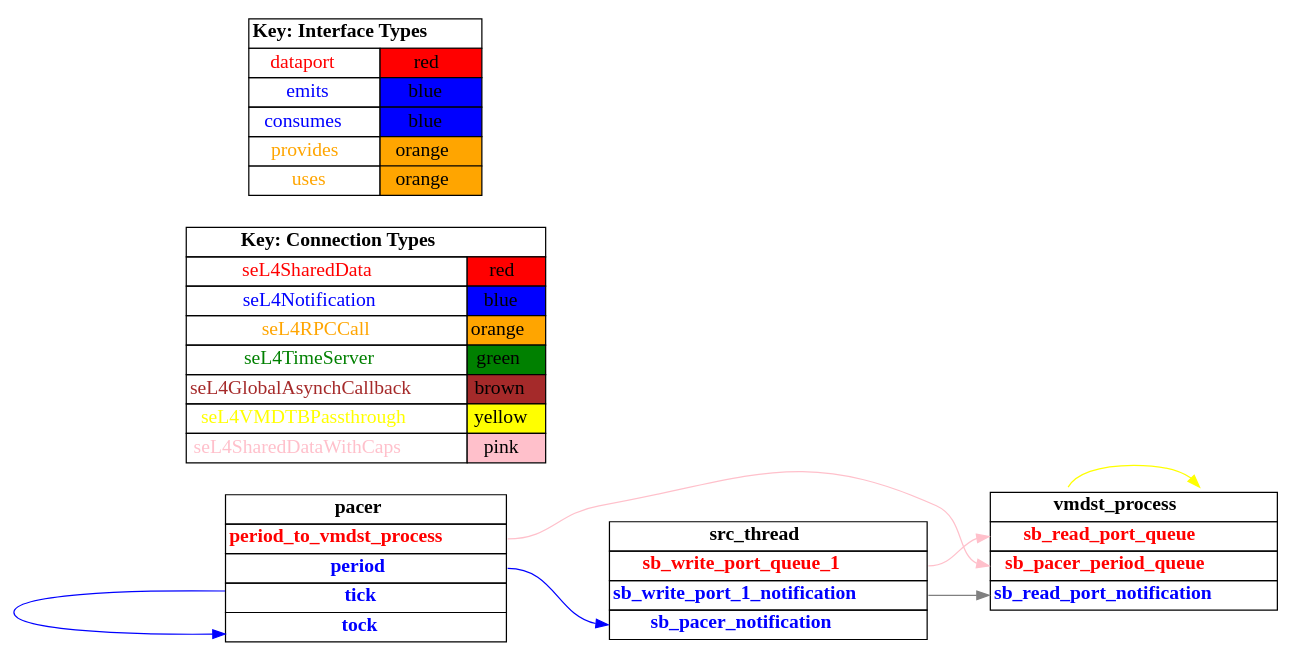
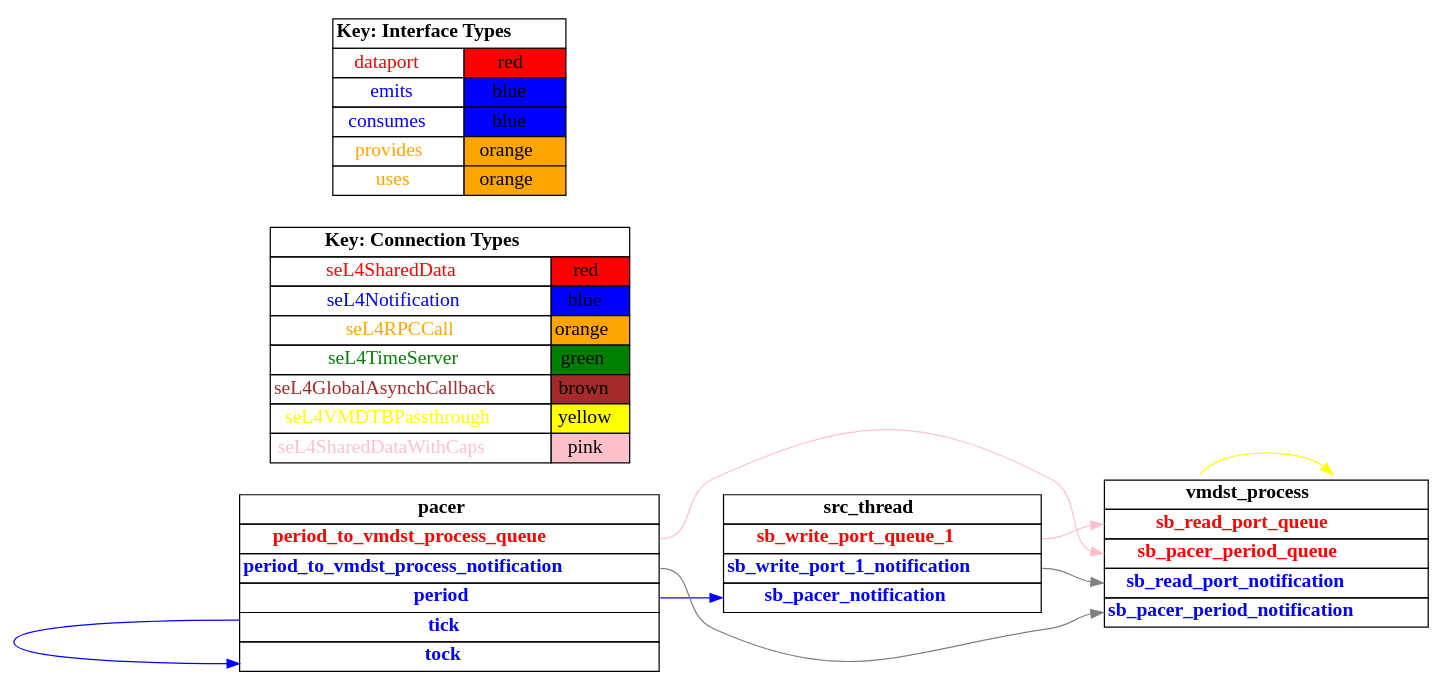
Before and after one commit to loonwerks/CASE: the diagram in TA5/tool-evaluation-4/HAMR/examples/test_event_data_port_periodic_domains_VM/receiver_vm/CAmkES_seL4/src/c/CAmkES_seL4/graph_simple.dot, drawn with Graphviz. The commit also changed 91 other files, not shown here.

```diff
--- a/TA5/tool-evaluation-4/HAMR/examples/test_event_data_port_periodic_domains_VM/receiver_vm/CAmkES_seL4/src/c/CAmkES_seL4/graph_simple.dot
+++ b/TA5/tool-evaluation-4/HAMR/examples/test_event_data_port_periodic_domains_VM/receiver_vm/CAmkES_seL4/src/c/CAmkES_seL4/graph_simple.dot
@@ -1,116 +1,124 @@
 digraph g {
 graph [
   overlap = false,
   rankdir = "LR"
 ];
 node [
   fontsize = "16",
   shape = "ellipse"
 ];
 edge [
 ];
 
 src_thread [
   label=<
     <TABLE BORDER="0" CELLBORDER="1" CELLSPACING="0">
       <TR><TD><B>src_thread</B></TD></TR>
       <TR><TD PORT="sb_write_port_queue_1"><FONT COLOR="red"><B>sb_write_port_queue_1</B></FONT></TD></TR>
       <TR><TD PORT="sb_write_port_1_notification"><FONT COLOR="blue"><B>sb_write_port_1_notification</B></FONT></TD></TR>
       <TR><TD PORT="sb_pacer_notification"><FONT COLOR="blue"><B>sb_pacer_notification</B></FONT></TD></TR>"
     </TABLE>
   >
   shape=plaintext
 ];
 
 vmdst_process [
   label=<
     <TABLE BORDER="0" CELLBORDER="1" CELLSPACING="0">
       <TR><TD><B>vmdst_process</B></TD></TR>
       <TR><TD PORT="sb_read_port_queue"><FONT COLOR="red"><B>sb_read_port_queue</B></FONT></TD></TR>
       <TR><TD PORT="sb_pacer_period_queue"><FONT COLOR="red"><B>sb_pacer_period_queue</B></FONT></TD></TR>
-      <TR><TD PORT="sb_read_port_notification"><FONT COLOR="blue"><B>sb_read_port_notification</B></FONT></TD></TR>"
+      <TR><TD PORT="sb_read_port_notification"><FONT COLOR="blue"><B>sb_read_port_notification</B></FONT></TD></TR>
+      <TR><TD PORT="sb_pacer_period_notification"><FONT COLOR="blue"><B>sb_pacer_period_notification</B></FONT></TD></TR>"
     </TABLE>
   >
   shape=plaintext
 ];
 
 pacer [
   label=<
     <TABLE BORDER="0" CELLBORDER="1" CELLSPACING="0">
       <TR><TD><B>pacer</B></TD></TR>
-      <TR><TD PORT="period_to_vmdst_process"><FONT COLOR="red"><B>period_to_vmdst_process</B></FONT></TD></TR>
+      <TR><TD PORT="period_to_vmdst_process_queue"><FONT COLOR="red"><B>period_to_vmdst_process_queue</B></FONT></TD></TR>
+      <TR><TD PORT="period_to_vmdst_process_notification"><FONT COLOR="blue"><B>period_to_vmdst_process_notification</B></FONT></TD></TR>
       <TR><TD PORT="period"><FONT COLOR="blue"><B>period</B></FONT></TD></TR>
       <TR><TD PORT="tick"><FONT COLOR="blue"><B>tick</B></FONT></TD></TR>
       <TR><TD PORT="tock"><FONT COLOR="blue"><B>tock</B></FONT></TD></TR>"
     </TABLE>
   >
   shape=plaintext
 ];
 
 connectiontypekey [
   label=<
    <TABLE BORDER="0" CELLBORDER="1" CELLSPACING="0">
      <TR><TD COLSPAN="2"><B>Key: Connection Types</B></TD></TR>
      <TR><TD><FONT COLOR="red">seL4SharedData</FONT></TD><TD BGCOLOR="red">red</TD></TR>
      <TR><TD><FONT COLOR="blue">seL4Notification</FONT></TD><TD BGCOLOR="blue">blue</TD></TR>
      <TR><TD><FONT COLOR="orange">seL4RPCCall</FONT></TD><TD BGCOLOR="orange">orange</TD></TR>
      <TR><TD><FONT COLOR="green">seL4TimeServer</FONT></TD><TD BGCOLOR="green">green</TD></TR>
      <TR><TD><FONT COLOR="brown">seL4GlobalAsynchCallback</FONT></TD><TD BGCOLOR="brown">brown</TD></TR>
      <TR><TD><FONT COLOR="yellow">seL4VMDTBPassthrough</FONT></TD><TD BGCOLOR="yellow">yellow</TD></TR>
      <TR><TD><FONT COLOR="pink">seL4SharedDataWithCaps</FONT></TD><TD BGCOLOR="pink">pink</TD></TR>
    </TABLE>
   >
   shape=plaintext
 ];
 
 interfacetypekey [
   label=<
    <TABLE BORDER="0" CELLBORDER="1" CELLSPACING="0">
      <TR><TD COLSPAN="2"><B>Key: Interface Types</B></TD></TR>
      <TR><TD><FONT COLOR="red">dataport</FONT></TD><TD BGCOLOR="red">red</TD></TR>
      <TR><TD><FONT COLOR="blue">emits</FONT></TD><TD BGCOLOR="blue">blue</TD></TR>
      <TR><TD><FONT COLOR="blue">consumes</FONT></TD><TD BGCOLOR="blue">blue</TD></TR>
      <TR><TD><FONT COLOR="orange">provides</FONT></TD><TD BGCOLOR="orange">orange</TD></TR>
      <TR><TD><FONT COLOR="orange">uses</FONT></TD><TD BGCOLOR="orange">orange</TD></TR>
    </TABLE>
   >
   shape=plaintext
 ];
 
 "vmdst_process":dtb_self -> "vmdst_process":dtb [
   color="yellow"
   //label = "seL4VMDTBPassthrough"
   id = conn1
 ];
 
 "src_thread":sb_write_port_1_notification -> "vmdst_process":sb_read_port_notification [
   color="grey"
   //label = "seL4GlobalAsynch"
   id = conn2
 ];
 
 "src_thread":sb_write_port_queue_1 -> "vmdst_process":sb_read_port_queue [
   color="pink"
   //label = "seL4SharedDataWithCaps"
   id = conn3
 ];
 
 "pacer":tick -> "pacer":tock [
   color="blue"
   //label = "seL4Notification"
   id = conn4
 ];
 
 "pacer":period -> "src_thread":sb_pacer_notification [
   color="blue"
   //label = "seL4Notification"
   id = conn5
 ];
 
-"pacer":period_to_vmdst_process -> "vmdst_process":sb_pacer_period_queue [
-  color="pink"
-  //label = "seL4SharedDataWithCaps"
+"pacer":period_to_vmdst_process_notification -> "vmdst_process":sb_pacer_period_notification [
+  color="grey"
+  //label = "seL4GlobalAsynch"
   id = conn6
 ];
 
+"pacer":period_to_vmdst_process_queue -> "vmdst_process":sb_pacer_period_queue [
+  color="pink"
+  //label = "seL4SharedDataWithCaps"
+  id = conn7
+];
+
 }
```
